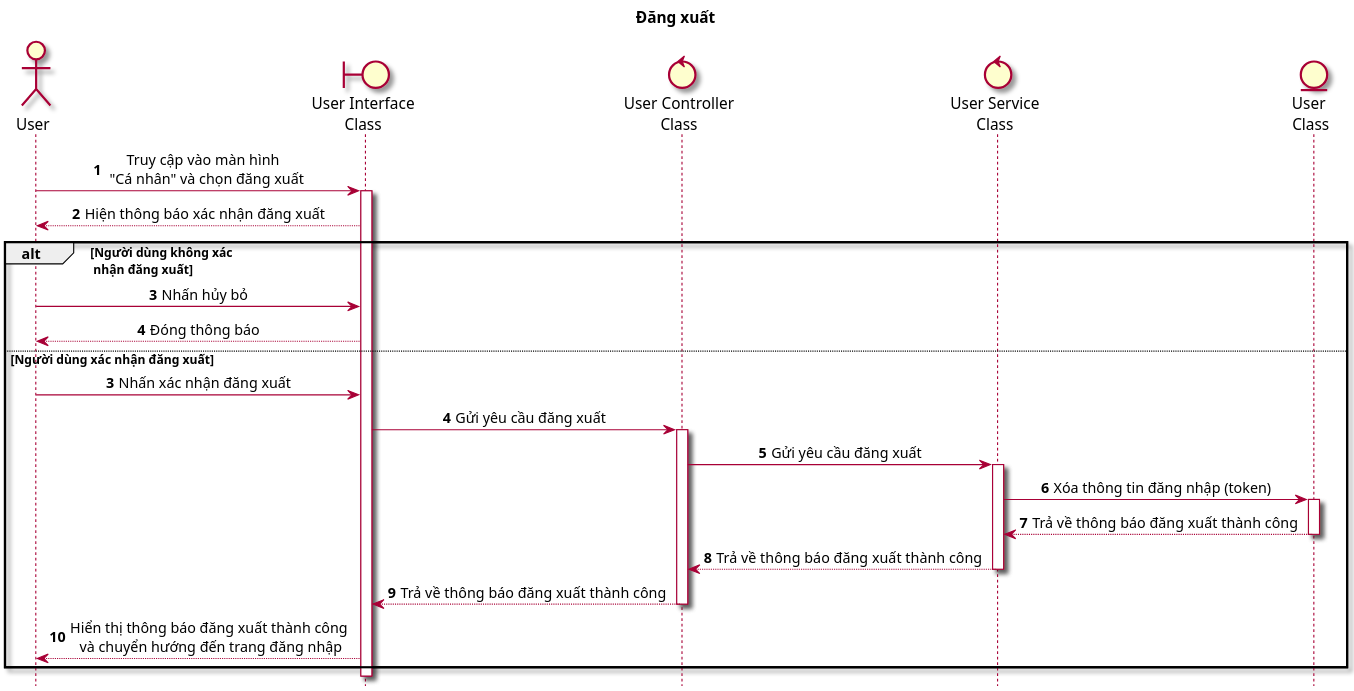
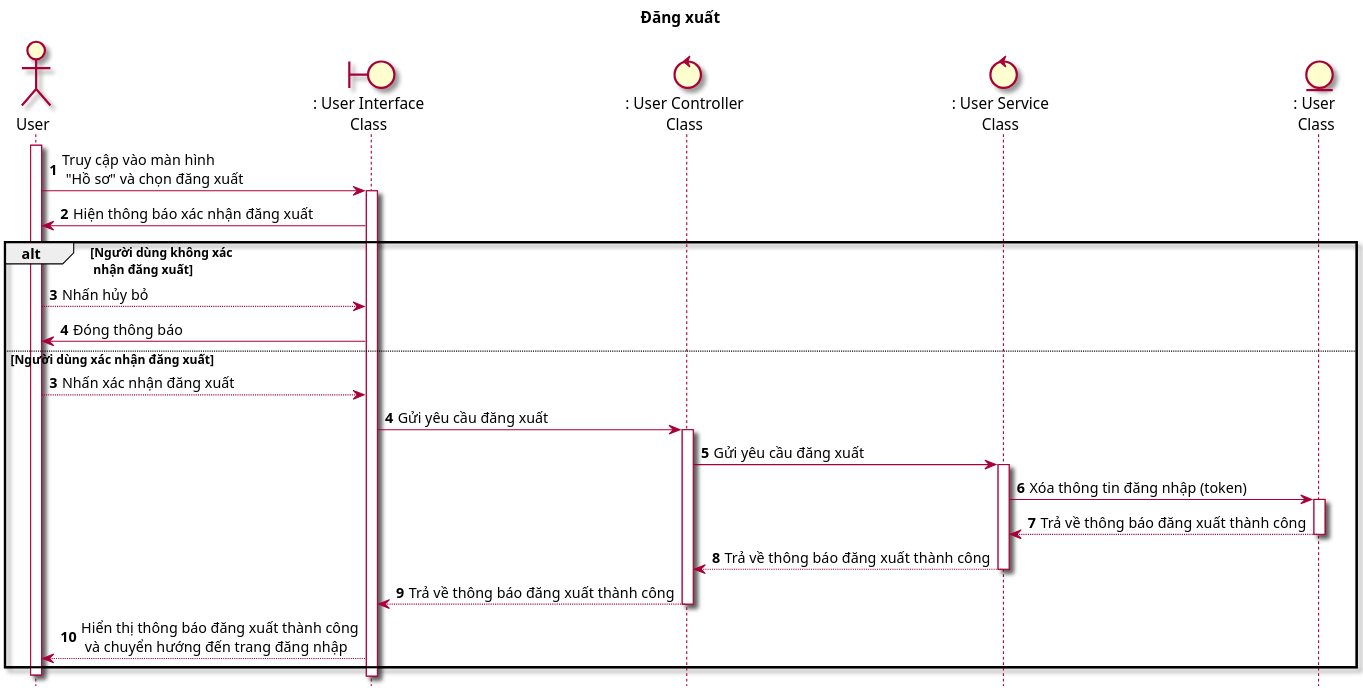
The diagram in Sequence/SEQ06_Logout.puml (Griselda4774/WanderFun_Diagram), drawn with PlantUML before and after one commit. The commit also changed 16 other files, not shown here.

Commit message:
Reformatting all Seq Diagram

```diff
--- a/Sequence/SEQ06_Logout.puml
+++ b/Sequence/SEQ06_Logout.puml
@@ -1,43 +1,44 @@
 @startuml SEQ06_Logout
 
     title: Đăng xuất
 
     skin rose
     scale 2
-    skinparam sequenceMessageAlign center
     hide footbox
 
     actor "User" as user
-    boundary "User Interface\nClass" as ui
-    control "User Controller\nClass" as ctr
-    control "User Service\nClass" as sv
-    entity "User \nClass" as ent
+    boundary ": User Interface\nClass" as ui
+    control ": User Controller\nClass" as ctr
+    control ": User Service\nClass" as sv
+    entity ": User \nClass" as ent
 
     autonumber
 
-    user -> ui: Truy cập vào màn hình \n "Cá nhân" và chọn đăng xuất
+    user ++
+    user -> ui: Truy cập vào màn hình \n "Hồ sơ" và chọn đăng xuất
     ui ++
-    ui --> user: Hiện thông báo xác nhận đăng xuất
+    ui -> user: Hiện thông báo xác nhận đăng xuất
     alt Người dùng không xác \n nhận đăng xuất
-        user -> ui: Nhấn hủy bỏ
-        ui --> user: Đóng thông báo
+        user --> ui: Nhấn hủy bỏ
+        ui -> user: Đóng thông báo
     else Người dùng xác nhận đăng xuất
 
         autonumber 3
 
-        user -> ui: Nhấn xác nhận đăng xuất
+        user --> ui: Nhấn xác nhận đăng xuất
         ui -> ctr: Gửi yêu cầu đăng xuất
         ctr ++
         ctr -> sv: Gửi yêu cầu đăng xuất
         sv ++
         sv -> ent: Xóa thông tin đăng nhập (token)
         ent ++
         ent --> sv: Trả về thông báo đăng xuất thành công
         ent --
         sv --> ctr: Trả về thông báo đăng xuất thành công
         sv --
         ctr --> ui: Trả về thông báo đăng xuất thành công
         ctr--
         ui --> user: Hiển thị thông báo đăng xuất thành công\n và chuyển hướng đến trang đăng nhập
     end
+    user -- 
 @enduml
```
